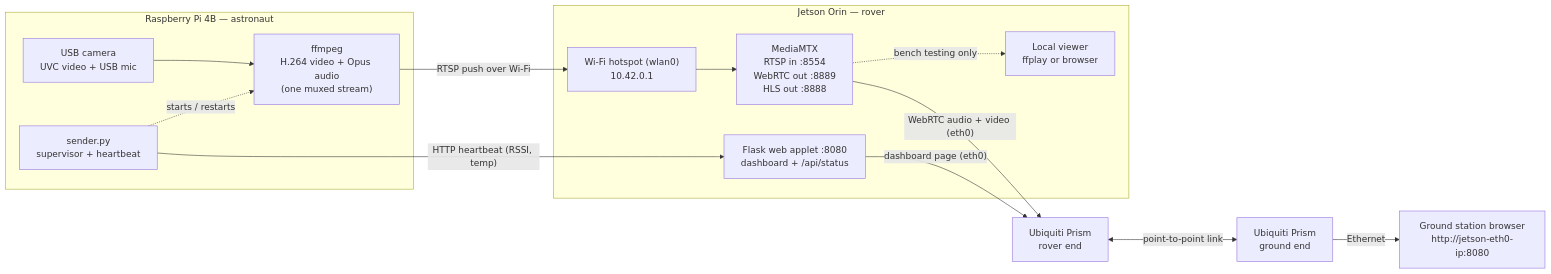
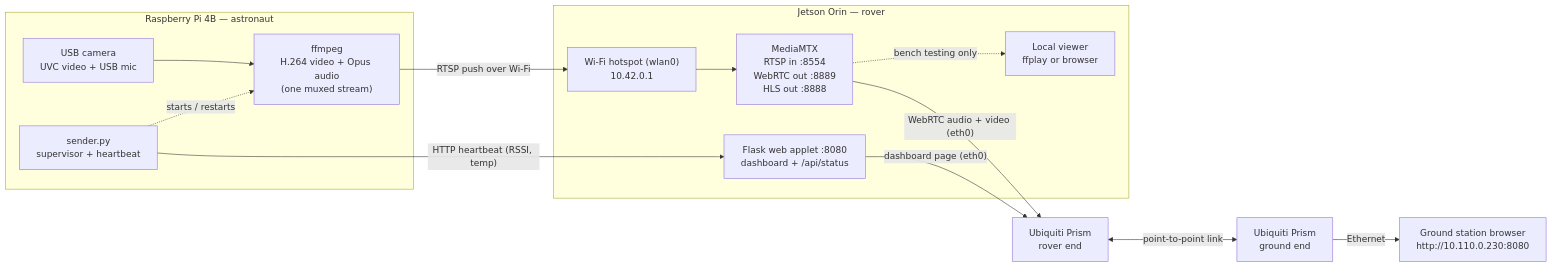
One commit to LucaLanzi/astronaut-streamer changed the diagram in PLAN.md. Above: the diagram before and after it, drawn with Mermaid. The commit also changed other lines of this file, not shown here.

First line of the commit message:
astronaut-streamer plan: Jetson at 10.110.0.230, ground-station-only viewing

````diff
--- a/PLAN.md
+++ b/PLAN.md
@@ -40,26 +40,26 @@
 ```mermaid
 flowchart LR
     subgraph PI["Raspberry Pi 4B — astronaut"]
         CAM["USB camera<br/>UVC video + USB mic"] --> FF["ffmpeg<br/>H.264 video + Opus audio<br/>(one muxed stream)"]
         SUP["sender.py<br/>supervisor + heartbeat"] -. "starts / restarts" .-> FF
     end
 
     subgraph JET["Jetson Orin — rover"]
         AP["Wi-Fi hotspot (wlan0)<br/>10.42.0.1"]
         MTX["MediaMTX<br/>RTSP in :8554<br/>WebRTC out :8889<br/>HLS out :8888"]
         WEB["Flask web applet :8080<br/>dashboard + /api/status"]
         LOCAL["Local viewer<br/>ffplay or browser"]
     end
 
     UBR["Ubiquiti Prism<br/>rover end"]
     UBG["Ubiquiti Prism<br/>ground end"]
-    GS["Ground station browser<br/>http://jetson-eth0-ip:8080"]
+    GS["Ground station browser<br/>http://10.110.0.230:8080"]
 
     FF -- "RTSP push over Wi-Fi" --> AP --> MTX
     SUP -- "HTTP heartbeat (RSSI, temp)" --> WEB
     MTX -. "bench testing only" .-> LOCAL
     WEB -- "dashboard page (eth0)" --> UBR
     MTX -- "WebRTC audio + video (eth0)" --> UBR
     UBR <-->|point-to-point link| UBG
     UBG -- "Ethernet" --> GS
 ```
````
